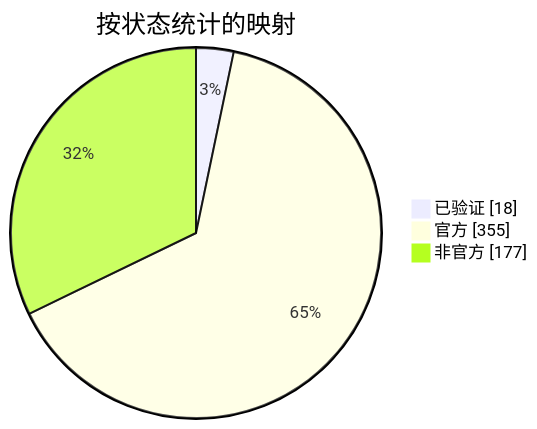
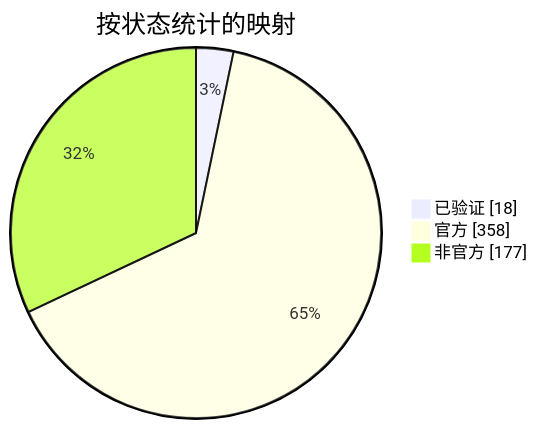
One commit to nobrega8/mbmap-library changed the diagram in docs/readme/README_ZHS.md. Above: the diagram before and after it, drawn with Mermaid. The commit also changed 8 other files, not shown here.

````diff
--- a/docs/readme/README_ZHS.md
+++ b/docs/readme/README_ZHS.md
@@ -54,7 +54,7 @@
 ```mermaid
 pie showData
     title 按状态统计的映射
     "已验证" : 18
-    "官方" : 355
+    "官方" : 358
     "非官方" : 177
 ```
````
